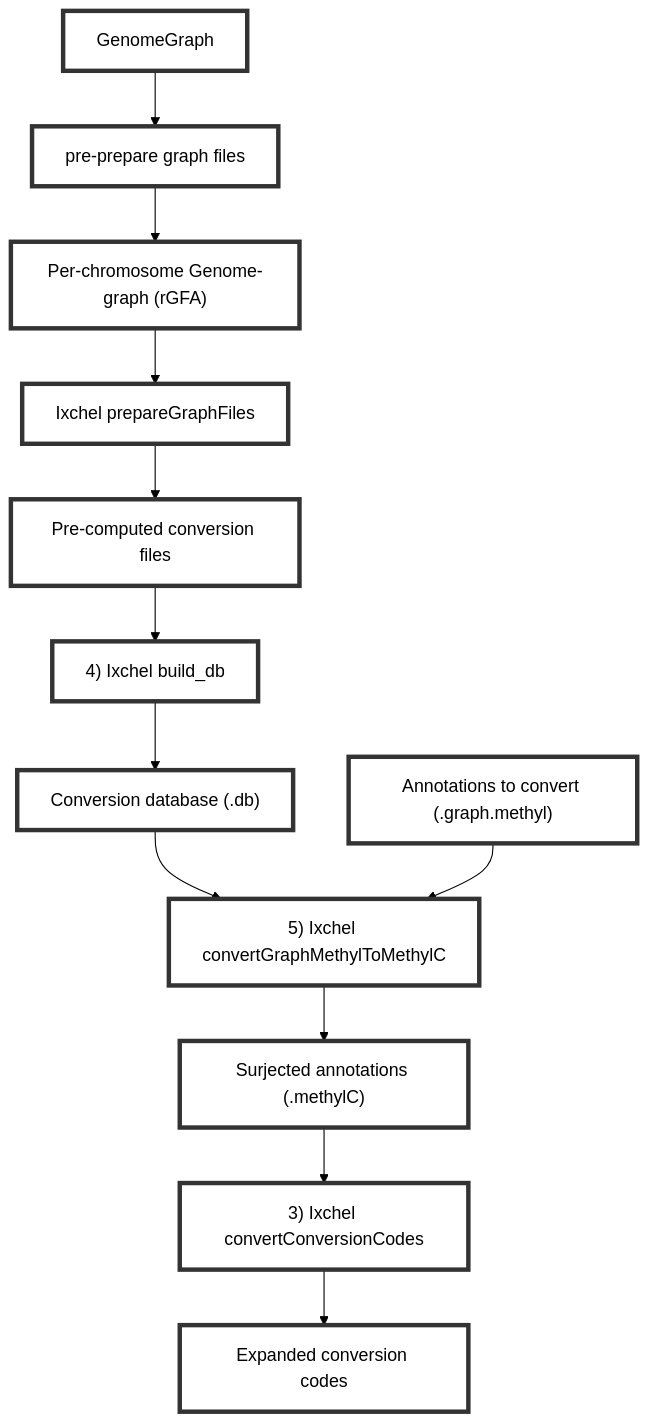
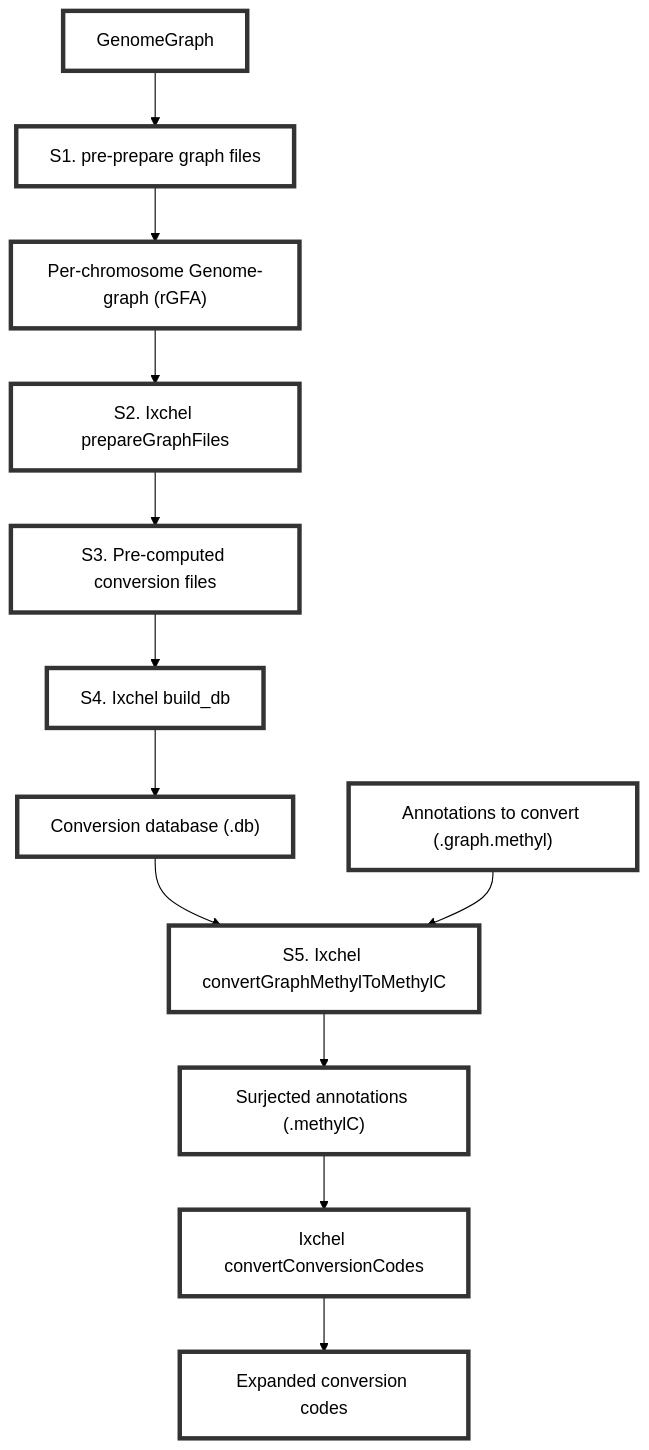
One commit to twlab/Ixchel changed the diagram in README.md. Above: the diagram before and after it, drawn with Mermaid (forest theme).

Commit message:
Update step labels in README.md for clarity

````diff
--- a/README.md
+++ b/README.md
@@ -25,16 +25,16 @@
 ```mermaid
 flowchart TB
-    GenomeGraph --> Step1["pre-prepare graph files"]
+    GenomeGraph --> Step1["S1. pre-prepare graph files"]
     Step1 --> Chromgraph["Per-chromosome Genome-graph (rGFA)"]
-    Chromgraph --> IxchelPrep["Ixchel prepareGraphFiles"]
-    IxchelPrep --> GraphFiles["Pre-computed conversion files"]
-    GraphFiles --> Ixchelbuild_db["4) Ixchel build_db"]
+    Chromgraph --> IxchelPrep["S2. Ixchel prepareGraphFiles"]
+    IxchelPrep --> GraphFiles["S3. Pre-computed conversion files"]
+    GraphFiles --> Ixchelbuild_db["S4. Ixchel build_db"]
     Ixchelbuild_db --> LookupDB["Conversion database (.db)"]
-    LookupDB --> IxchelSurject["5) Ixchel convertGraphMethylToMethylC"]
+    LookupDB --> IxchelSurject["S5. Ixchel convertGraphMethylToMethylC"]
     Annotations["Annotations to convert (.graph.methyl)"] --> IxchelSurject
     IxchelSurject --> SurjectedAnnotations["Surjected annotations (.methylC)"]
-    SurjectedAnnotations --> IxchelInterpretCodes["3) Ixchel convertConversionCodes"]
+    SurjectedAnnotations --> IxchelInterpretCodes["Ixchel convertConversionCodes"]
     IxchelInterpretCodes --> ExpandedCodes["Expanded conversion codes"]
     
     classDef default fill:#fff,stroke:#333,stroke-width:4px,color:black;
 ```
````
